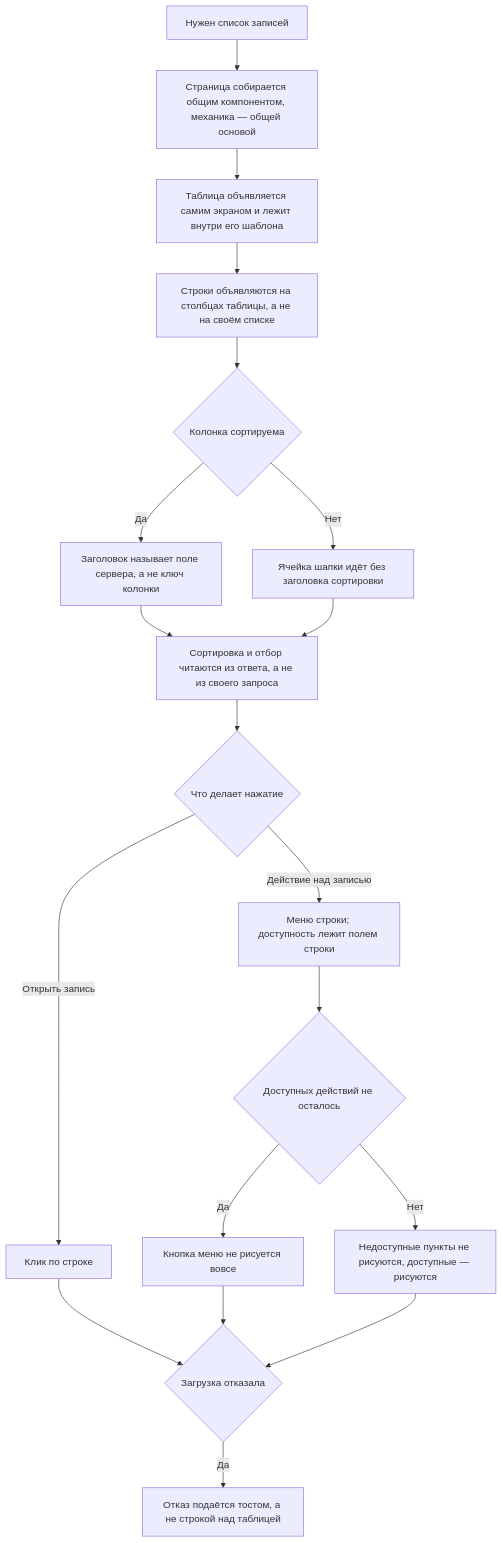
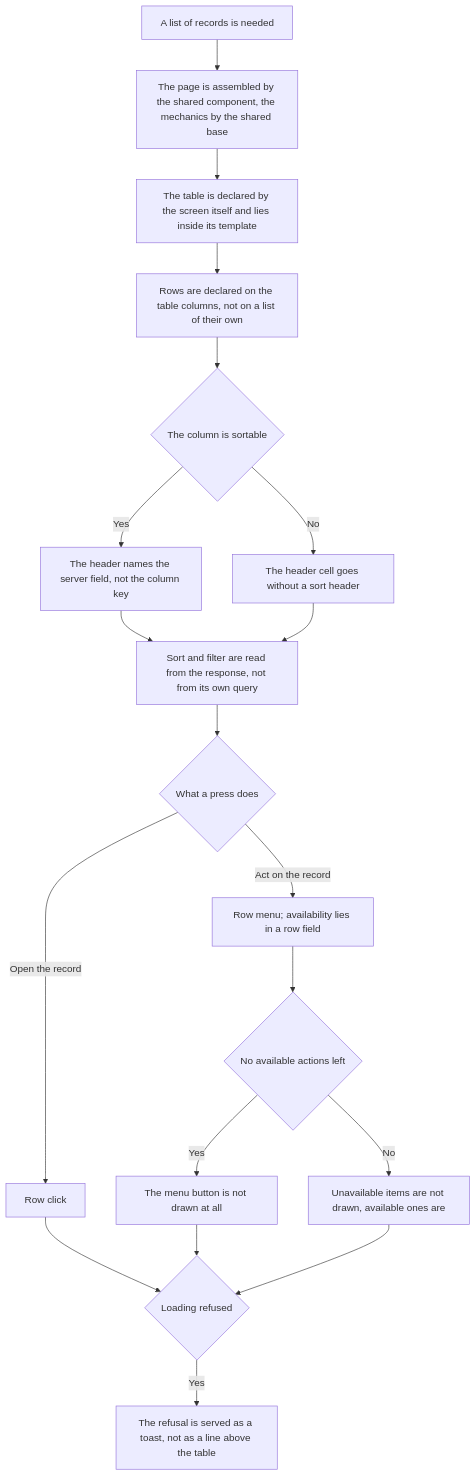
One commit to Eyhenij/rt-tools changed the diagram in .claude/skills/lists/SKILL.md. Above: the diagram before and after it, drawn with Mermaid. The commit also changed other lines of this file and 71 other files, not shown here.

````diff
--- a/.claude/skills/lists/SKILL.md
+++ b/.claude/skills/lists/SKILL.md
@@ -37,21 +37,21 @@
 ```mermaid
 flowchart TD
-    A[Нужен список записей] --> B[Страница собирается общим компонентом, механика — общей основой]
-    B --> C[Таблица объявляется самим экраном и лежит внутри его шаблона]
-    C --> D[Строки объявляются на столбцах таблицы, а не на своём списке]
-    D --> E{Колонка сортируема}
-    E -->|Да| F[Заголовок называет поле сервера, а не ключ колонки]
-    E -->|Нет| G[Ячейка шапки идёт без заголовка сортировки]
-    F --> H[Сортировка и отбор читаются из ответа, а не из своего запроса]
+    A[A list of records is needed] --> B[The page is assembled by the shared component, the mechanics by the shared base]
+    B --> C[The table is declared by the screen itself and lies inside its template]
+    C --> D[Rows are declared on the table columns, not on a list of their own]
+    D --> E{The column is sortable}
+    E -->|Yes| F[The header names the server field, not the column key]
+    E -->|No| G[The header cell goes without a sort header]
+    F --> H[Sort and filter are read from the response, not from its own query]
     G --> H
-    H --> I{Что делает нажатие}
-    I -->|Открыть запись| J[Клик по строке]
-    I -->|Действие над записью| K[Меню строки; доступность лежит полем строки]
-    K --> L{Доступных действий не осталось}
-    L -->|Да| M[Кнопка меню не рисуется вовсе]
-    L -->|Нет| N[Недоступные пункты не рисуются, доступные — рисуются]
-    J --> O{Загрузка отказала}
+    H --> I{What a press does}
+    I -->|Open the record| J[Row click]
+    I -->|Act on the record| K[Row menu; availability lies in a row field]
+    K --> L{No available actions left}
+    L -->|Yes| M[The menu button is not drawn at all]
+    L -->|No| N[Unavailable items are not drawn, available ones are]
+    J --> O{Loading refused}
     M --> O
     N --> O
-    O -->|Да| P[Отказ подаётся тостом, а не строкой над таблицей]
+    O -->|Yes| P[The refusal is served as a toast, not as a line above the table]
 ```
````
